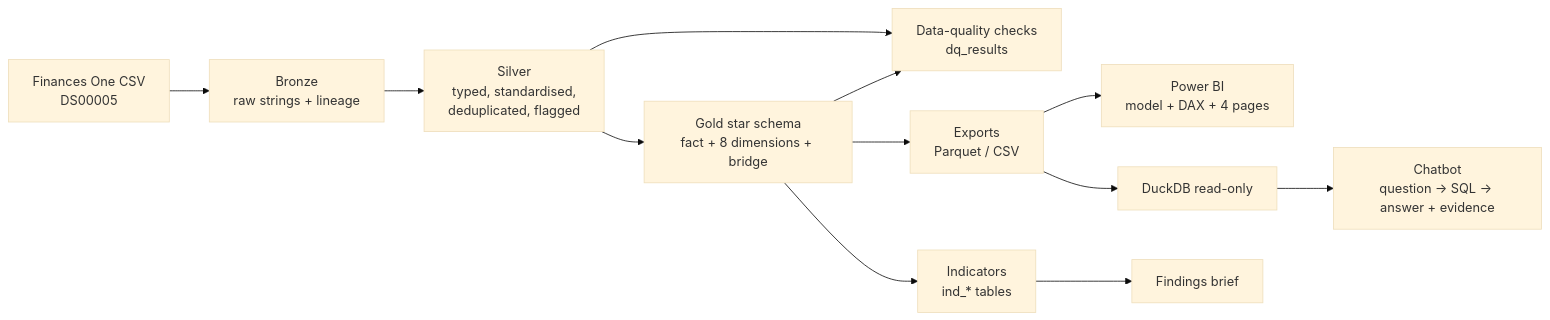
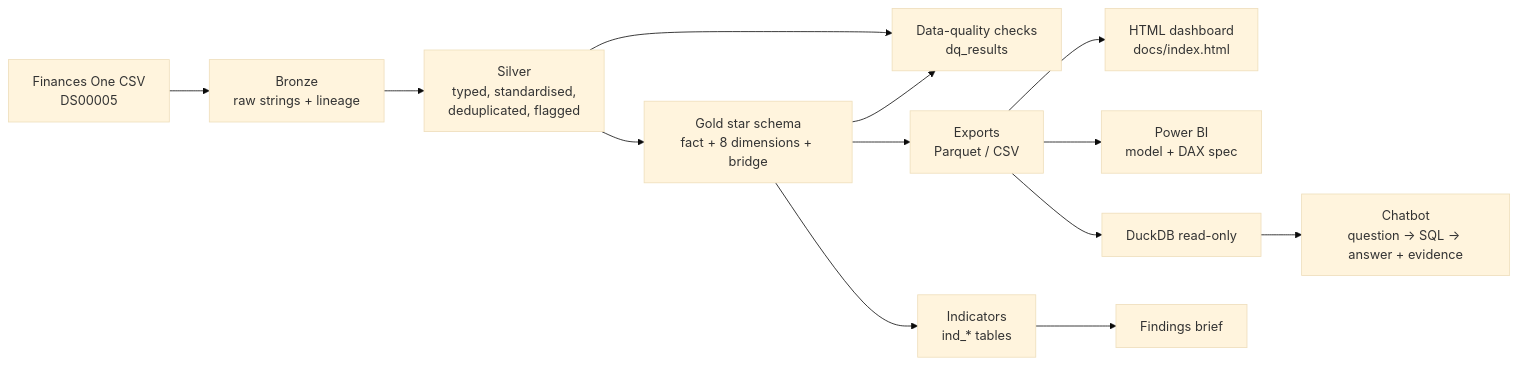
One commit to zsaad9/procurement-analytics changed the diagram in README.md. Above: the diagram before and after it, drawn with Mermaid (base theme). The commit also changed other lines of this file, not shown here.

````diff
--- a/README.md
+++ b/README.md
@@ -19,12 +23,13 @@
 ```mermaid
 flowchart LR
     A[Finances One CSV<br/>DS00005] --> B[Bronze<br/>raw strings + lineage]
     B --> C[Silver<br/>typed, standardised,<br/>deduplicated, flagged]
     C --> D[Gold star schema<br/>fact + 8 dimensions + bridge]
     C & D --> Q[Data-quality checks<br/>dq_results]
     D --> I[Indicators<br/>ind_* tables]
     D --> E[Exports<br/>Parquet / CSV]
-    E --> P[Power BI<br/>model + DAX + 4 pages]
+    E --> H[HTML dashboard<br/>docs/index.html]
+    E --> P[Power BI<br/>model + DAX spec]
     E --> K[DuckDB read-only] --> L[Chatbot<br/>question → SQL → answer + evidence]
     I --> F[Findings brief]
 ```
````
